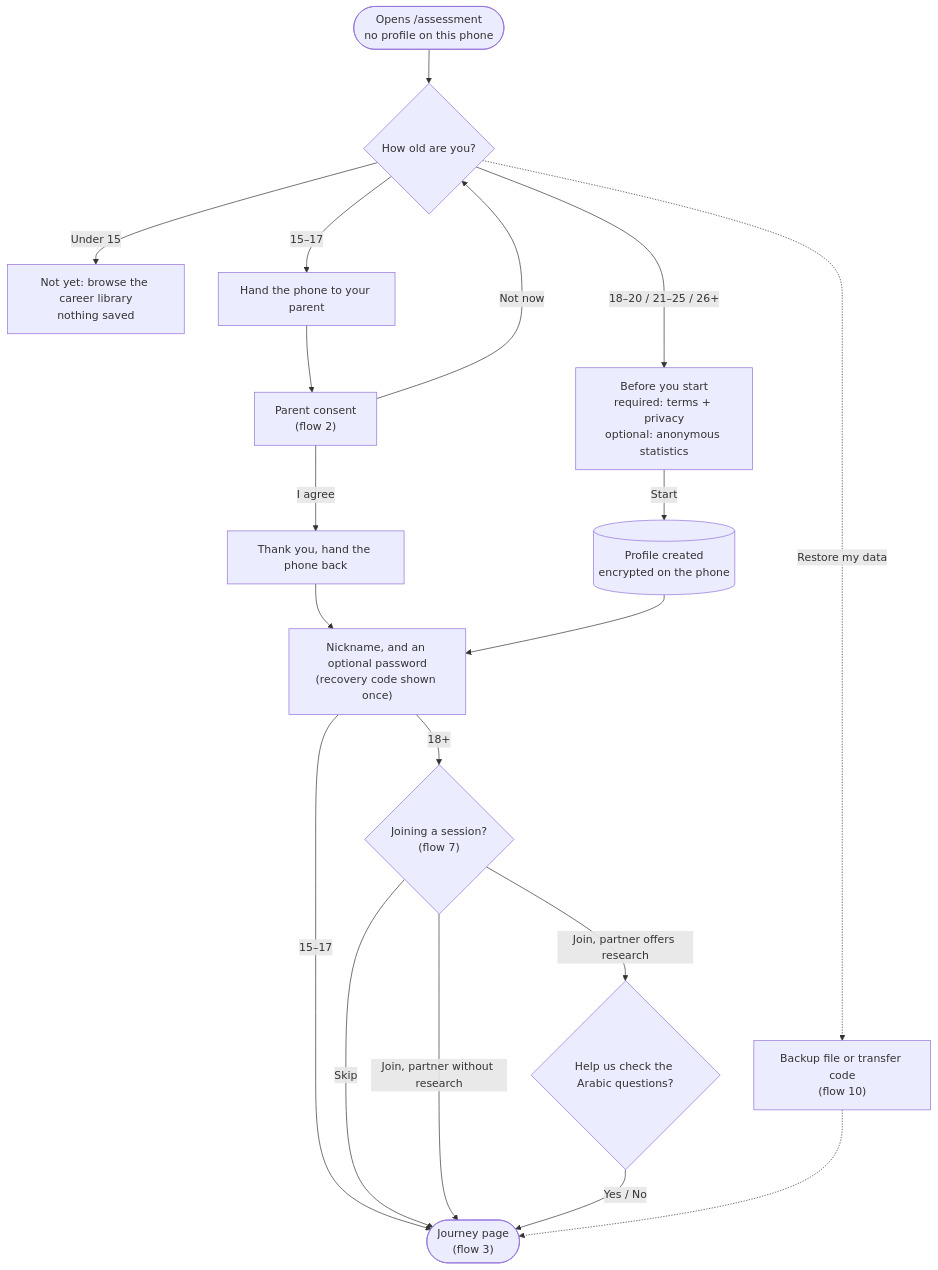
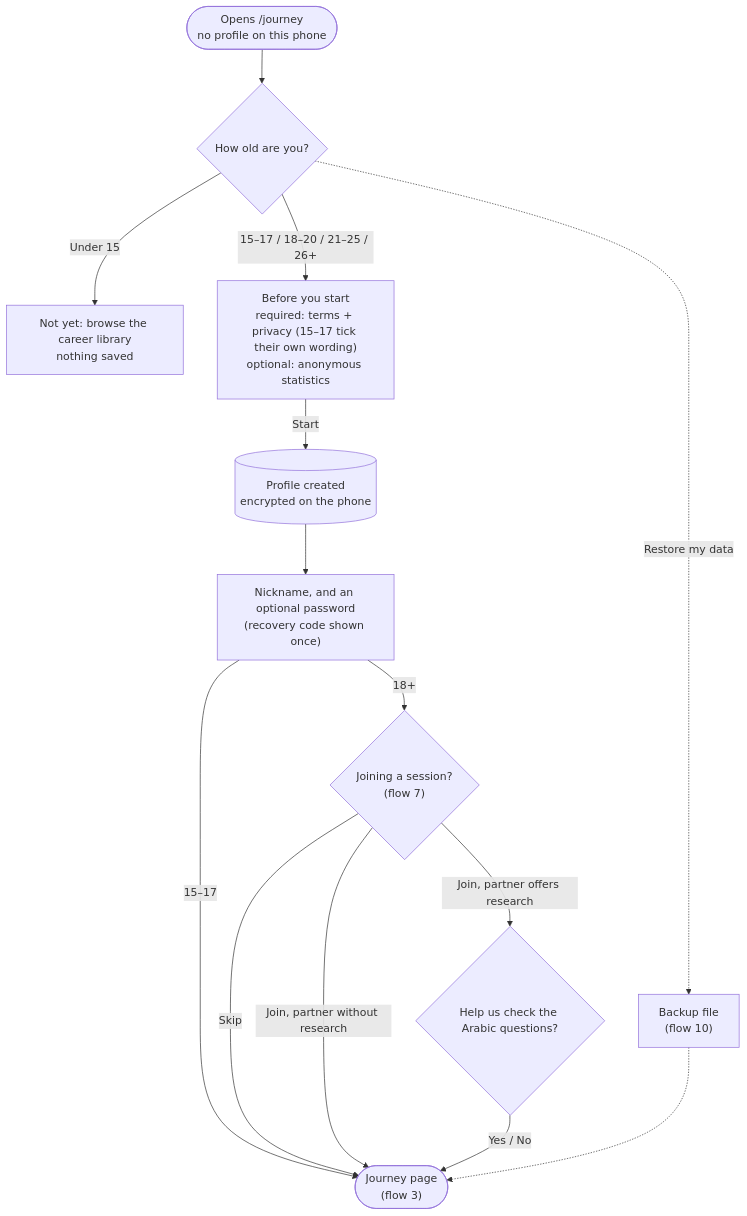
The first of 12 diagrams in docs/system/flows.md (geomagdy95-netizen/anaBokra), drawn with Mermaid before and after one commit. The commit also changed other lines of this file and 27 other files, not shown here.

````diff
--- a/docs/system/flows.md
+++ b/docs/system/flows.md
@@ -29,18 +30,15 @@
 ```mermaid
 flowchart TD
-    open(["Opens /assessment<br/>no profile on this phone"]) --> age{"How old are you?"}
+    open(["Opens /journey<br/>no profile on this phone"]) --> age{"How old are you?"}
     age -- "Under 15" --> young["Not yet: browse the career library<br/>nothing saved"]
-    age -- "15–17" --> hand["Hand the phone to your parent"] --> parent["Parent consent<br/>(flow 2)"]
-    parent -- "I agree" --> thanks["Thank you, hand the phone back"] --> nick
-    parent -- "Not now" --> age
-    age -- "18–20 / 21–25 / 26+" --> accept["Before you start<br/>required: terms + privacy<br/>optional: anonymous statistics"]
+    age -- "15–17 / 18–20 / 21–25 / 26+" --> accept["Before you start<br/>required: terms + privacy (15–17 tick their own wording)<br/>optional: anonymous statistics"]
     accept -- "Start" --> made[("Profile created<br/>encrypted on the phone")]
     made --> nick["Nickname, and an optional password<br/>(recovery code shown once)"]
     nick -- "15–17" --> hub
     nick -- "18+" --> session{"Joining a session?<br/>(flow 7)"}
     session -- "Skip" --> hub
     session -- "Join, partner without research" --> hub
     session -- "Join, partner offers research" --> research{"Help us check the Arabic questions?"}
     research -- "Yes / No" --> hub(["Journey page<br/>(flow 3)"])
-    age -. "Restore my data" .-> restore["Backup file or transfer code<br/>(flow 10)"] -.-> hub
+    age -. "Restore my data" .-> restore["Backup file<br/>(flow 10)"] -.-> hub
 ```
````
